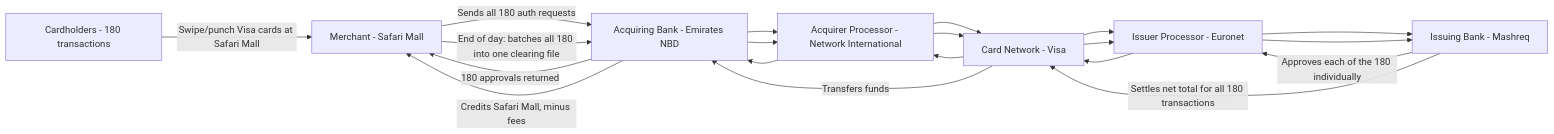
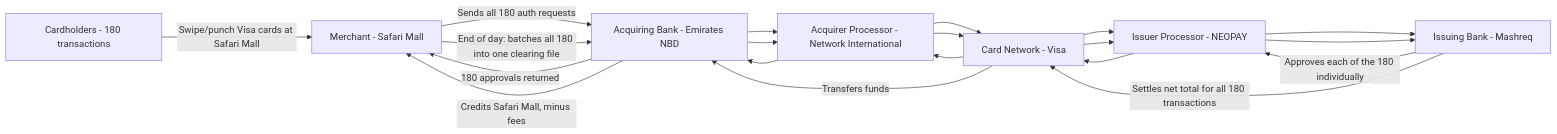
The first of 2 diagrams in articles/system-design/card-payment/card-transaction-flow.md (mamun7025/mamun7025.github.io), drawn with Mermaid before and after one commit. The commit also changed other lines of this file and 1 other file, not shown here.

````diff
--- a/articles/system-design/card-payment/card-transaction-flow.md
+++ b/articles/system-design/card-payment/card-transaction-flow.md
@@ -17,18 +17,18 @@
 ```mermaid
 flowchart LR
     A[Cardholders - 180 transactions] -->|Swipe/punch Visa cards at Safari Mall| B[Merchant - Safari Mall]
     B -->|Sends all 180 auth requests| C[Acquiring Bank - Emirates NBD]
     C --> D[Acquirer Processor - Network International]
     D --> E[Card Network - Visa]
-    E --> F[Issuer Processor - Euronet]
+    E --> F[Issuer Processor - NEOPAY]
     F --> G[Issuing Bank - Mashreq]
     G -->|Approves each of the 180 individually| F
     F --> E --> D --> C
     C -->|180 approvals returned| B
 
     B -->|End of day: batches all 180 into one clearing file| C
     C --> D --> E --> F --> G
     G -->|Settles net total for all 180 transactions| E
     E -->|Transfers funds| C
     C -->|Credits Safari Mall, minus fees| B
 ```
````
